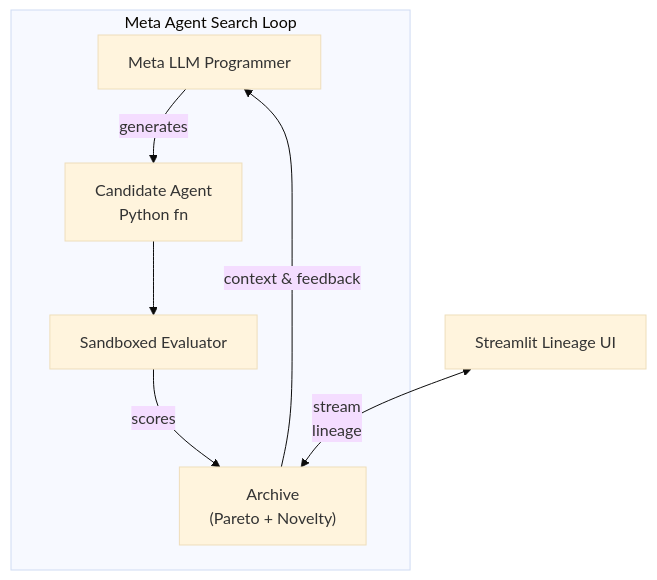
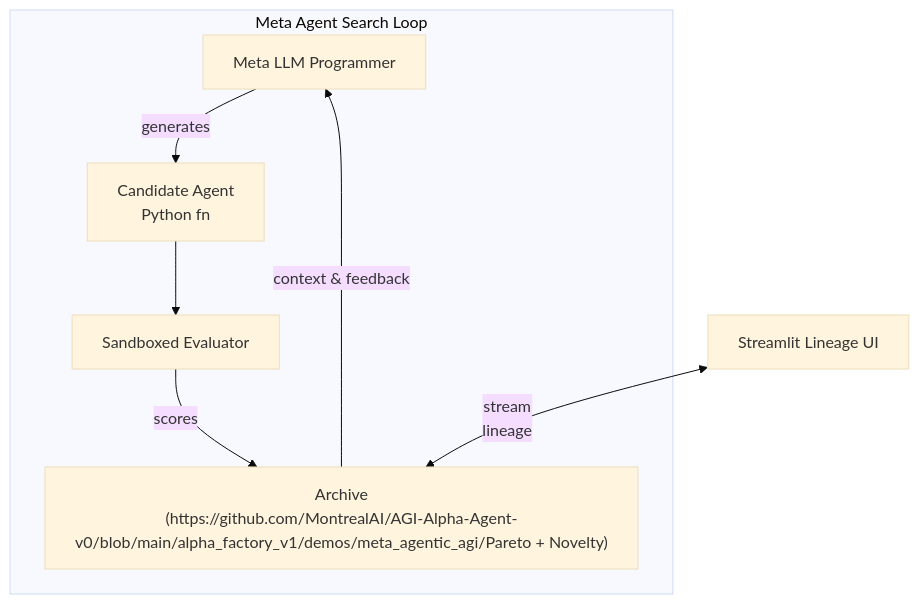
One commit to MontrealAI/AGI-Alpha-Agent-v0 changed the second of 3 diagrams in docs/demos/meta_agentic_agi.md. Above: the diagram before and after it, drawn with Mermaid (base theme). The commit also changed other lines of this file and 22 other files, not shown here.

````diff
--- a/docs/demos/meta_agentic_agi.md
+++ b/docs/demos/meta_agentic_agi.md
@@ -173,15 +174,15 @@
 ```mermaid
 graph TD
   subgraph "Meta Agent Search Loop"
     MGPT["Meta LLM Programmer"]
     Candidate["Candidate Agent<br/>Python fn"]
     Evaluator["Sandboxed Evaluator"]
-    Archive["Archive<br/>(Pareto + Novelty)"]
+    Archive["Archive<br/>(https://github.com/MontrealAI/AGI-Alpha-Agent-v0/blob/main/alpha_factory_v1/demos/meta_agentic_agi/Pareto + Novelty)"]
     MGPT -->|generates| Candidate
     Candidate --> Evaluator
     Evaluator -->|scores| Archive
     Archive -->|context & feedback| MGPT
   end
   UI["Streamlit Lineage UI"] <-->|stream
 lineage| Archive
 ```
````
